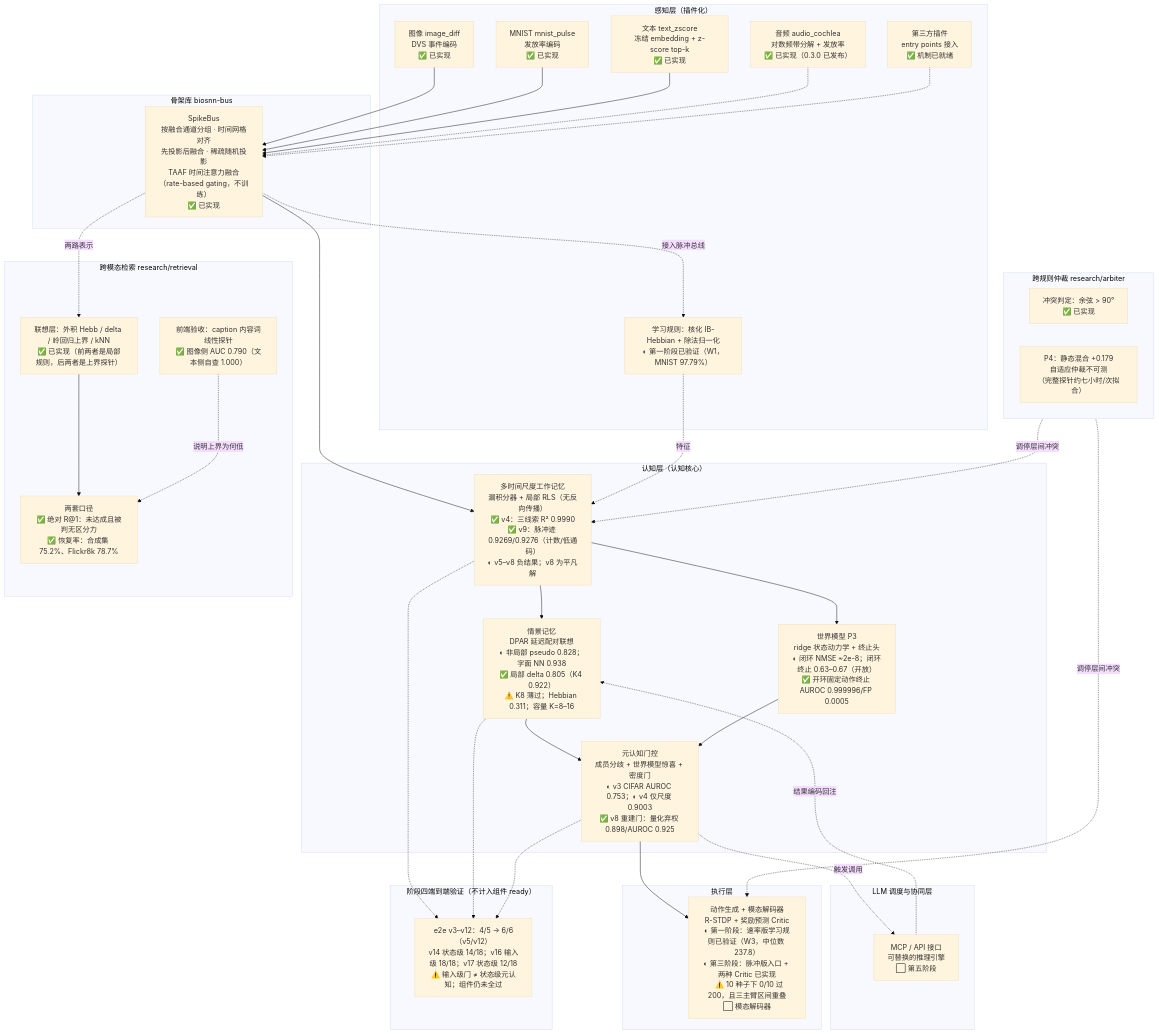
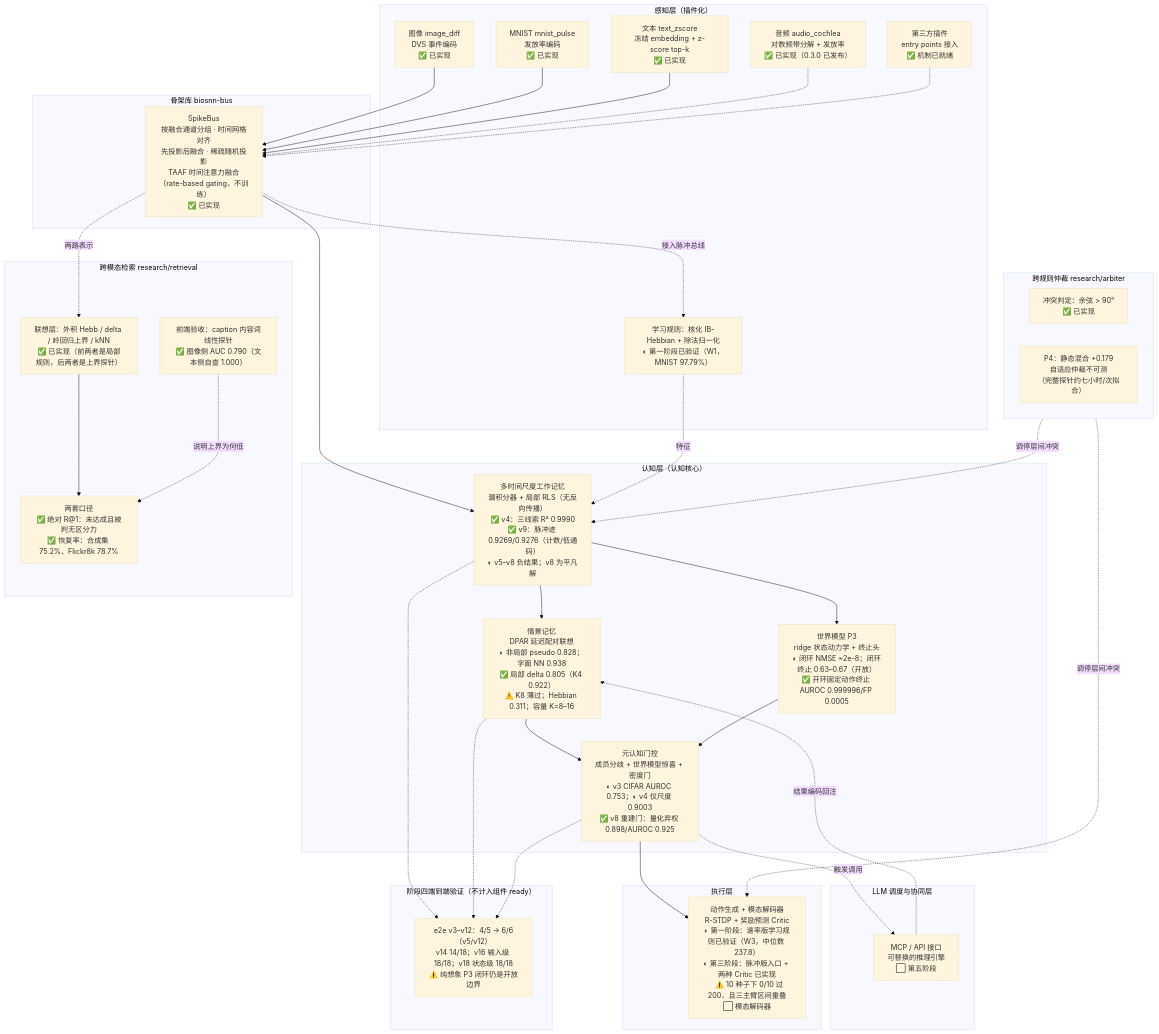
One commit to lzmd-arch/BioSNN-Plug changed the diagram in README.md. Above: the diagram before and after it, drawn with Mermaid (base theme). The commit also changed other lines of this file and 4 other files, not shown here.

````diff
--- a/README.md
+++ b/README.md
@@ -126,71 +126,71 @@
 ```mermaid
 flowchart TB
     subgraph L5["LLM 调度与协同层"]
         MCP["MCP / API 接口<br/>可替换的推理引擎<br/>⬜ 第五阶段"]
     end
 
     subgraph L4["执行层"]
         ACT["动作生成 + 模态解码器<br/>R-STDP + 奖励预测 Critic<br/>◐ 第一阶段：速率版学习规则已验证（W3，中位数 237.8）<br/>◐ 第三阶段：脉冲版入口 + 两种 Critic 已实现<br/>&nbsp;&nbsp;&nbsp;⚠️ 10 种子下 0/10 过 200，且三主臂区间重叠<br/>⬜ 模态解码器"]
     end
 
     subgraph L3["认知层（认知核心）"]
         WM["多时间尺度工作记忆<br/>漏积分器 + 局部 RLS（无反向传播）<br/>✅ v4：三线索 R² 0.9990<br/>✅ v9：脉冲迹 0.9269/0.9276（计数/低通码）<br/>◐ v5–v8 负结果；v8 为平凡解"]
         EM["情景记忆<br/>DPAR 延迟配对联想<br/>◐ 非局部 pseudo 0.828；字面 NN 0.938<br/>✅ 局部 delta 0.805（K4 0.922）<br/>⚠️ K8 薄过；Hebbian 0.311；容量 K=8–16"]
         MG["元认知门控<br/>成员分歧 + 世界模型惊喜 + 密度门<br/>◐ v3 CIFAR AUROC 0.753；◐ v4 仅尺度 0.9003<br/>✅ v8 重建门：量化弃权 0.898/AUROC 0.925"]
         WMODEL["世界模型 P3<br/>ridge 状态动力学 + 终止头<br/>◐ 闭环 NMSE ~2e-8；闭环终止 0.63–0.67（开放）<br/>✅ 开环固定动作终止 AUROC 0.999996/FP 0.0005"]
     end
 
     subgraph ARB["跨规则仲裁 research/arbiter"]
         CF["冲突判定：余弦 > 90°<br/>✅ 已实现"]
         ES["P4：静态混合 +0.179<br/>自适应仲裁不可测<br/>（完整探针约七小时/次拟合）"]
     end
 
     subgraph L2["骨架库 biosnn-bus"]
         BUS["SpikeBus<br/>按融合通道分组 · 时间网格对齐<br/>先投影后融合 · 稀疏随机投影<br/>TAAF 时间注意力融合（rate-based gating，不训练）<br/>✅ 已实现"]
     end
 
     subgraph L1["感知层（插件化）"]
         IMG["图像 image_diff<br/>DVS 事件编码<br/>✅ 已实现"]
         MN["MNIST mnist_pulse<br/>发放率编码<br/>✅ 已实现"]
         TXT["文本 text_zscore<br/>冻结 embedding + z-score top-k<br/>✅ 已实现"]
         AUD["音频 audio_cochlea<br/>对数频带分解 + 发放率<br/>✅ 已实现（0.3.0 已发布）"]
         THIRD["第三方插件<br/>entry points 接入<br/>✅ 机制已就绪"]
         HEB["学习规则：核化 IB-Hebbian + 除法归一化<br/>◐ 第一阶段已验证（W1，MNIST 97.79%）"]
     end
 
     IMG --> BUS
     MN --> BUS
     TXT --> BUS
     AUD -.-> BUS
     THIRD -.-> BUS
 
     BUS --> WM
     BUS -.->|接入脉冲总线| HEB
     HEB -.->|特征| WM
     WM --> EM
     WM --> WMODEL
     EM --> MG
     WMODEL --> MG
     MG --> ACT
     MG -.->|触发调用| MCP
     MCP -.->|结果编码回注| EM
     ARB -.->|调停层间冲突| WM
     ARB -.->|调停层间冲突| ACT
 
     subgraph W4["跨模态检索 research/retrieval"]
         FAC["联想层：外积 Hebb / delta / 岭回归上界 / kNN<br/>✅ 已实现（前两者是局部规则，后两者是上界探针）"]
         CRIT["两套口径<br/>✅ 绝对 R@1：未达成且被判无区分力<br/>✅ 恢复率：合成集 75.2%、Flickr8k 78.7%"]
         FE["前端验收：caption 内容词线性探针<br/>✅ 图像侧 AUC 0.790（文本侧自查 1.000）"]
     end
 
     BUS -.->|两路表示| FAC
     FAC --> CRIT
     FE -.->|说明上界为何低| CRIT
 
     subgraph S4["阶段四端到端验证（不计入组件 ready）"]
-        E2E["e2e v3–v12：4/5 → 6/6（v5/v12）<br/>v14 状态级 14/18；v16 输入级 18/18；v17 状态级 12/18<br/>⚠️ 输入级门 ≠ 状态级元认知；组件仍未全过"]
+        E2E["e2e v3–v12：4/5 → 6/6（v5/v12）<br/>v14 14/18；v16 输入级 18/18；v18 状态级 18/18<br/>⚠️ 纯想象 P3 闭环仍是开放边界"]
     end
     WM -.-> E2E
     EM -.-> E2E
     MG -.-> E2E
 ```
````
